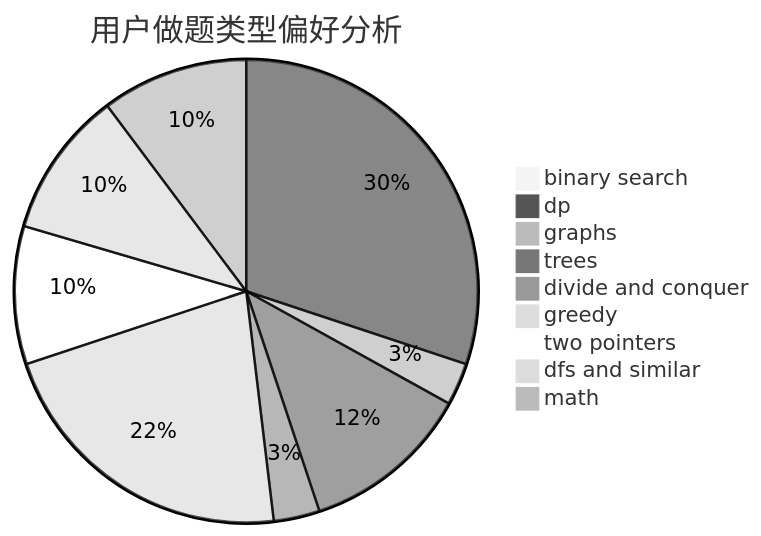
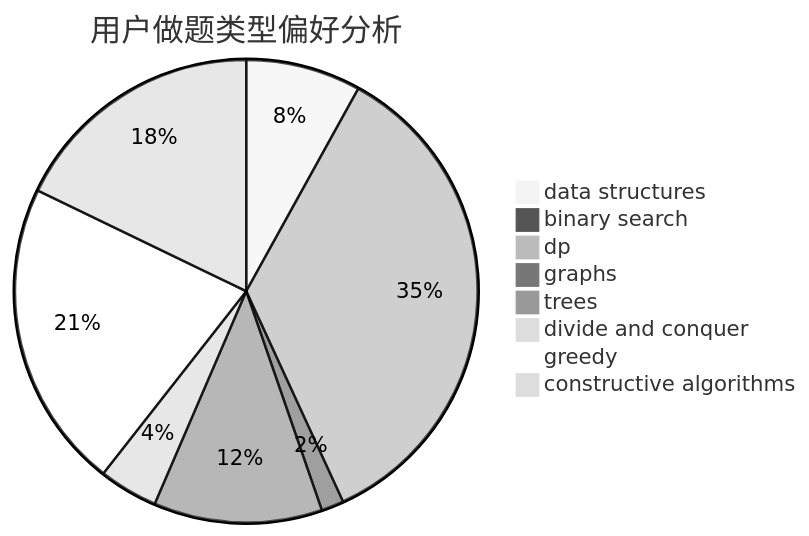
The second of 3 diagrams in docs/user/u1838.md (sherpahu/cfrs.github.io), drawn with Mermaid (neutral theme) before and after one commit. The commit also changed other lines of this file and 2775 other files, not shown here.

````diff
--- a/docs/user/u1838.md
+++ b/docs/user/u1838.md
@@ -23,12 +23,11 @@
 ```mermaid
 pie title 用户做题类型偏好分析
-    "binary search" :  7
-    "dp" :  356
-    "graphs" :  35
-    "trees" :  140
-    "divide and conquer" :  38
-    "greedy" :  258
-    "two pointers" :  114
-    "dfs and similar" :  121
-    "math" :  121
+    "data structures" :  41
+    "binary search" :  3
+    "dp" :  179
+    "graphs" :  8
+    "trees" :  60
+    "divide and conquer" :  21
+    "greedy" :  110
+    "constructive algorithms" :  91
 ```
````
